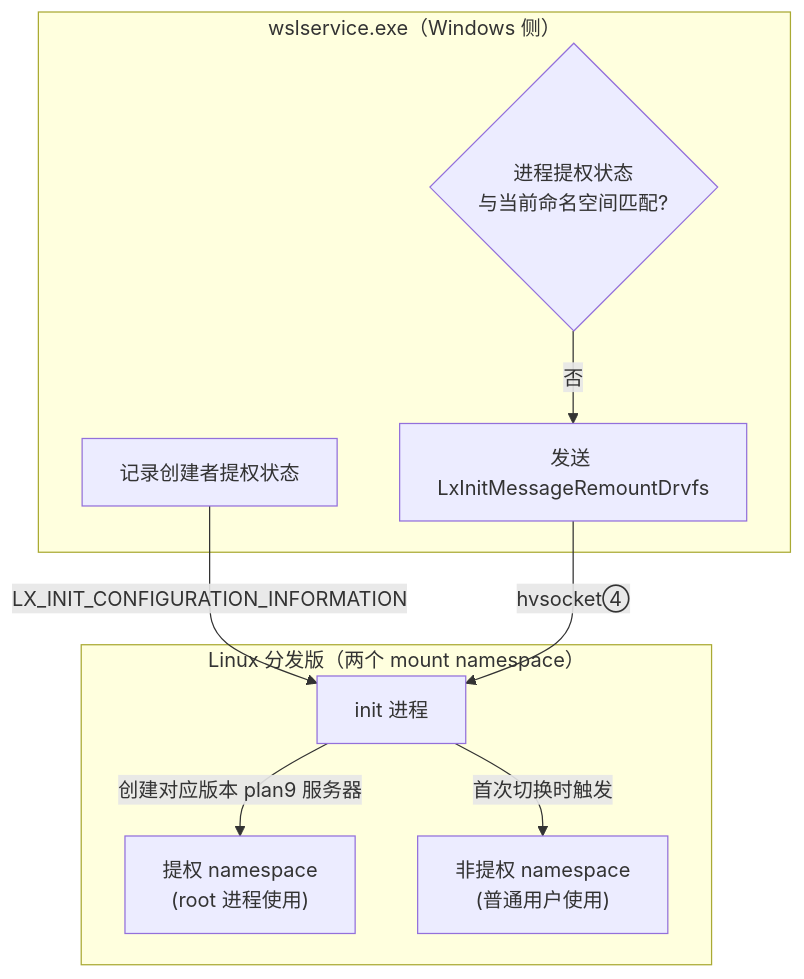
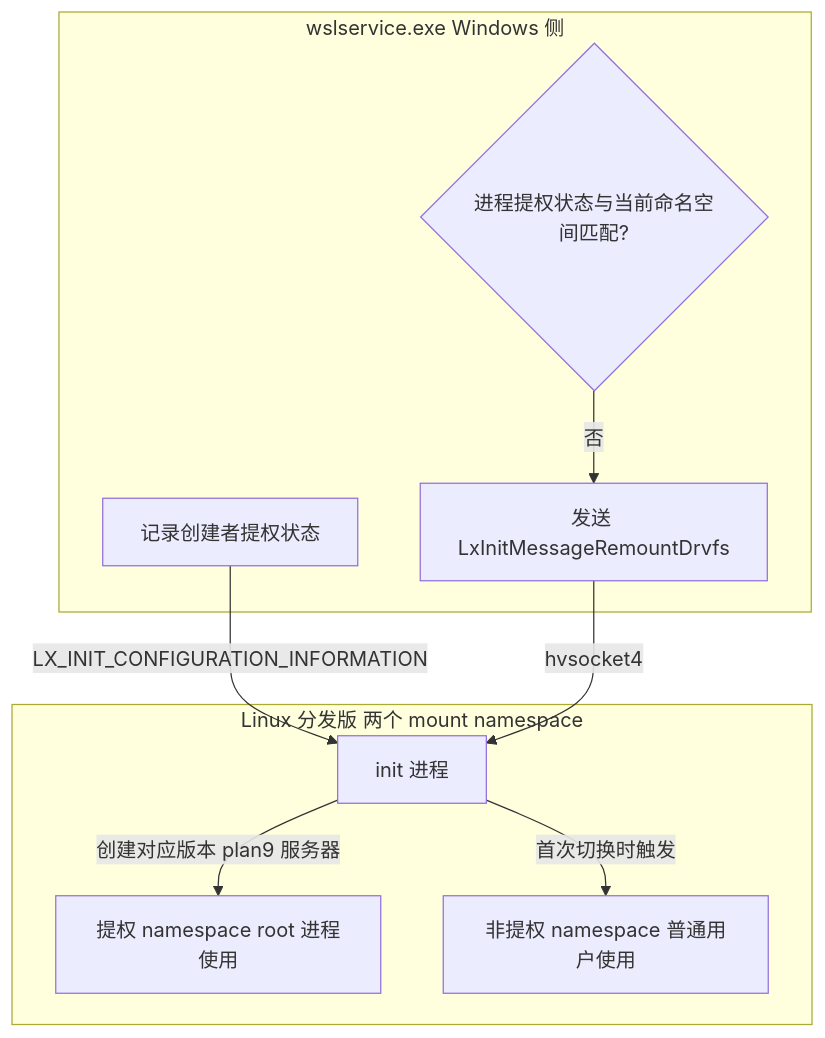
Before and after one commit to xinetzone/SpecWeave: the second of 3 diagrams in .agents/docs/knowledge/learning/08-systems-infrastructure/wsl-wiki/05-filesystem-interop.md, drawn with Mermaid. The commit also changed other lines of this file and 4 other files, not shown here.

Commit message:
fix(diagrams): 修复Mermaid图表VS Code预览渲染失败——移除br标签、带圈数字、特殊符号，统一节点引号格式[prevent: mermaid-syntax-check]

````diff
--- a/.agents/docs/knowledge/learning/08-systems-infrastructure/wsl-wiki/05-filesystem-interop.md
+++ b/.agents/docs/knowledge/learning/08-systems-infrastructure/wsl-wiki/05-filesystem-interop.md
@@ -177,20 +177,20 @@
 ```mermaid
 flowchart TB
-    subgraph WSLSVC["wslservice.exe（Windows 侧）"]
+    subgraph WSLSVC["wslservice.exe Windows 侧"]
         A["记录创建者提权状态"]
-        B{"进程提权状态<br/>与当前命名空间匹配?"}
+        B{"进程提权状态与当前命名空间匹配?"}
         C["发送 LxInitMessageRemountDrvfs"]
     end
 
-    subgraph LINUX["Linux 分发版（两个 mount namespace）"]
-        NS1["提权 namespace<br/>(root 进程使用)"]
-        NS2["非提权 namespace<br/>(普通用户使用)"]
+    subgraph LINUX["Linux 分发版 两个 mount namespace"]
+        NS1["提权 namespace root 进程使用"]
+        NS2["非提权 namespace 普通用户使用"]
         INIT["init 进程"]
     end
 
-    A -->|"LX_INIT_CONFIGURATION_INFORMATION"| INIT
-    INIT -->|"创建对应版本 plan9 服务器"| NS1
-    INIT -->|"首次切换时触发"| NS2
-    B -->|"否"| C
-    C -->|"hvsocket④"| INIT
+    A -->|LX_INIT_CONFIGURATION_INFORMATION| INIT
+    INIT -->|创建对应版本 plan9 服务器| NS1
+    INIT -->|首次切换时触发| NS2
+    B -->|否| C
+    C -->|hvsocket4| INIT
 ```
````
